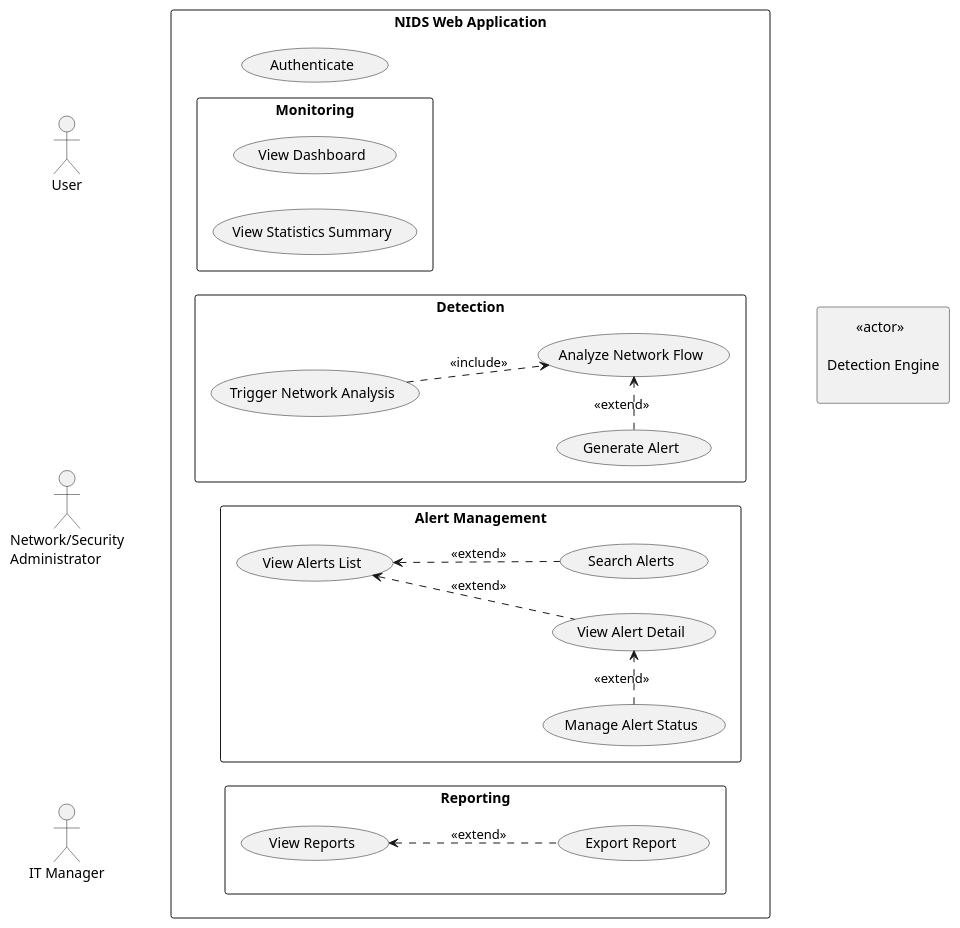
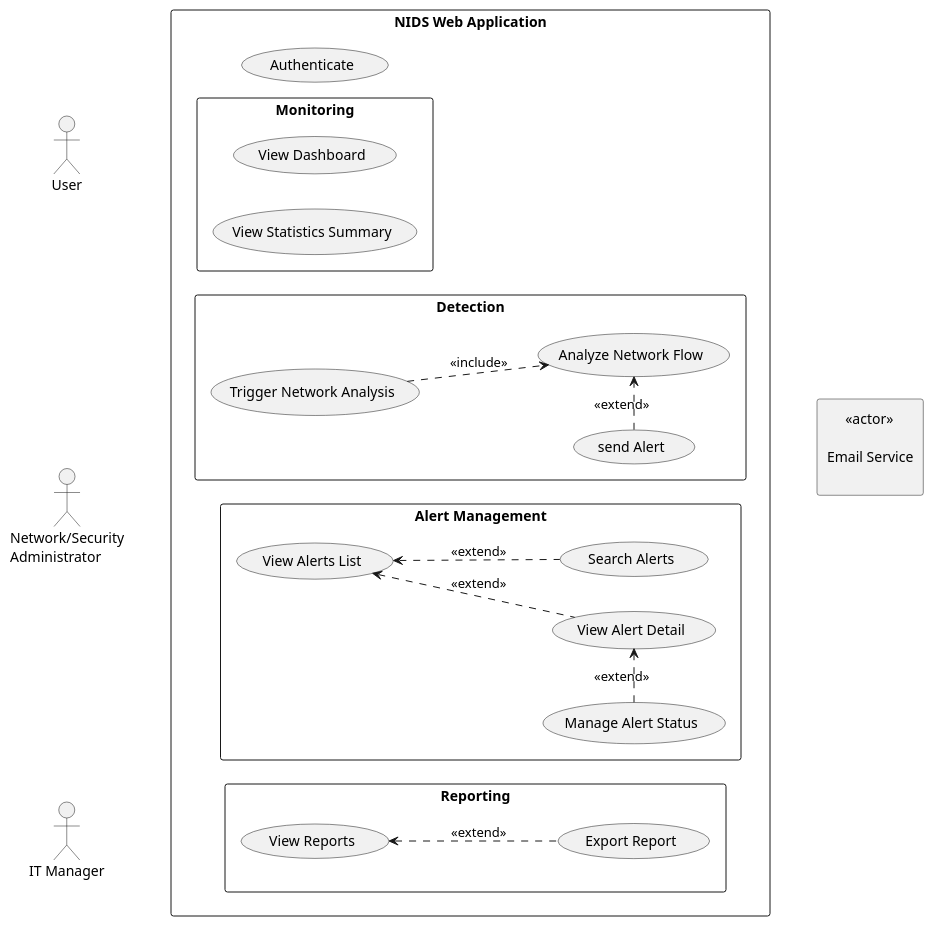
The diagram in diagrams/code/use-case.puml (Amira-BOUAFIF/pfe-nids-report), drawn with PlantUML before and after one commit. The commit also changed 12 other files, not shown here.

Commit message:
rapport update and some fixes on the diagrams

```diff
--- a/diagrams/code/use-case.puml
+++ b/diagrams/code/use-case.puml
@@ -1,68 +1,68 @@
 @startuml NIDS_UseCaseDiagram
 
 left to right direction
 skinparam packageStyle rectangle
 
 
 ' ─── Left Actors ──────────────────────────────────────
 actor "User" as User
 actor "Network/Security\nAdministrator" as Admin
 actor "IT Manager"                       as ITMgr
 
 
 ' ─── System Boundary ──────────────────────────────────
 rectangle "NIDS Web Application" {
 
     package "Detection" {
         usecase "Trigger Network Analysis" as UC02
         usecase "Analyze Network Flow" as UC10
-        usecase "Generate Alert"       as UC11
+        usecase "send Alert"       as UC11
     }
     usecase "Authenticate" as UC01
 
     package "Monitoring" {
         usecase "View Dashboard"          as UC03
         usecase "View Statistics Summary" as UC07
     }
 
     package "Alert Management" {
         usecase "View Alerts List"  as UC04
         usecase "View Alert Detail" as UC05
         usecase "Search Alerts" as UC06
         usecase  "Manage Alert Status" as UC12 
     }
 
     package "Reporting" {
         usecase "View Reports"  as UC08
         usecase "Export Report" as UC09
     }
 }
 
 ' ─── Right Actor ──────────────────────────────────────
-rectangle "        <<actor>>\n\nDetection Engine\n" as DE
+rectangle "     <<actor>>\n\nEmail Service\n" as DE
 
 ' ─── Admin + IT Manager associations ───────────────────────────────
 User -[hidden]- UC01
 User -[hidden]- UC03
 User -[hidden]- UC07
 
 ' ─── Admin associations ───────────────────────────────
 
 Admin -[hidden]- UC02
 Admin -[hidden]- UC04
 
 ' ─── IT Manager associations ──────────────────────────
 ITMgr -[hidden]- UC08
 
-' ─── Detection Engine associations ───────────────────
-UC10 -[hidden]- DE
+' ─── Email Service associations ───────────────────
+UC11 -[hidden]- DE
 
 ' ─── Relationships ────────────────────────────────────
 UC11 .right.> UC10 : <<extend>>
 UC02 .down.> UC10 : <<include>>
 UC05 .up.> UC04 : <<extend>>
 UC09 .up.> UC08 : <<extend>>
 UC06 .up.> UC04 : <<extend>>
 UC12 .right.> UC05 : <<extend>>
 
 @enduml
```
